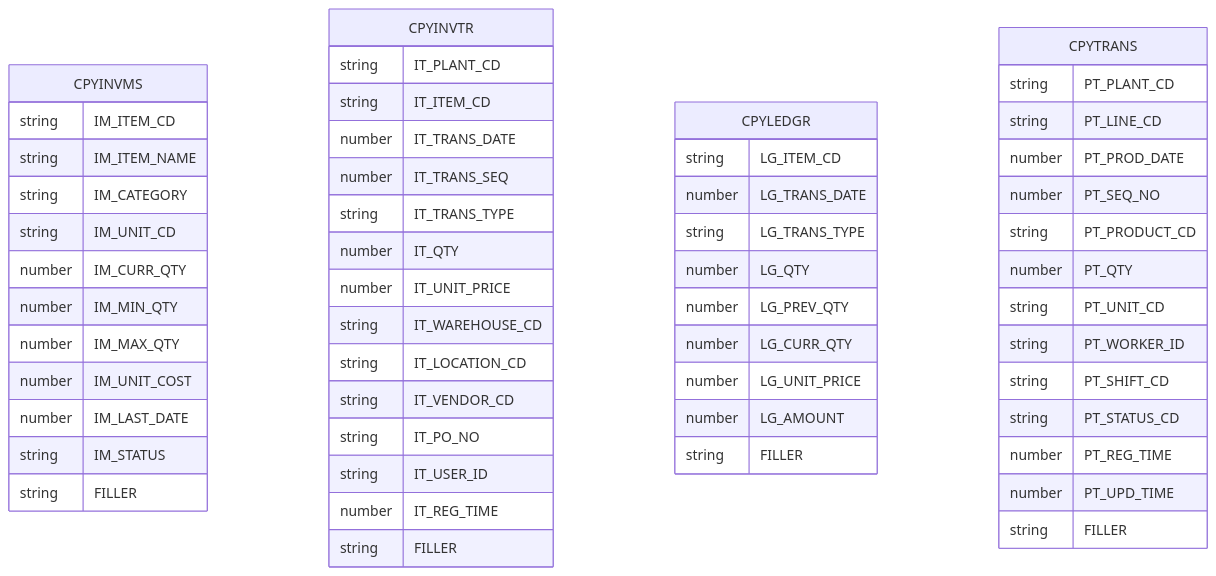
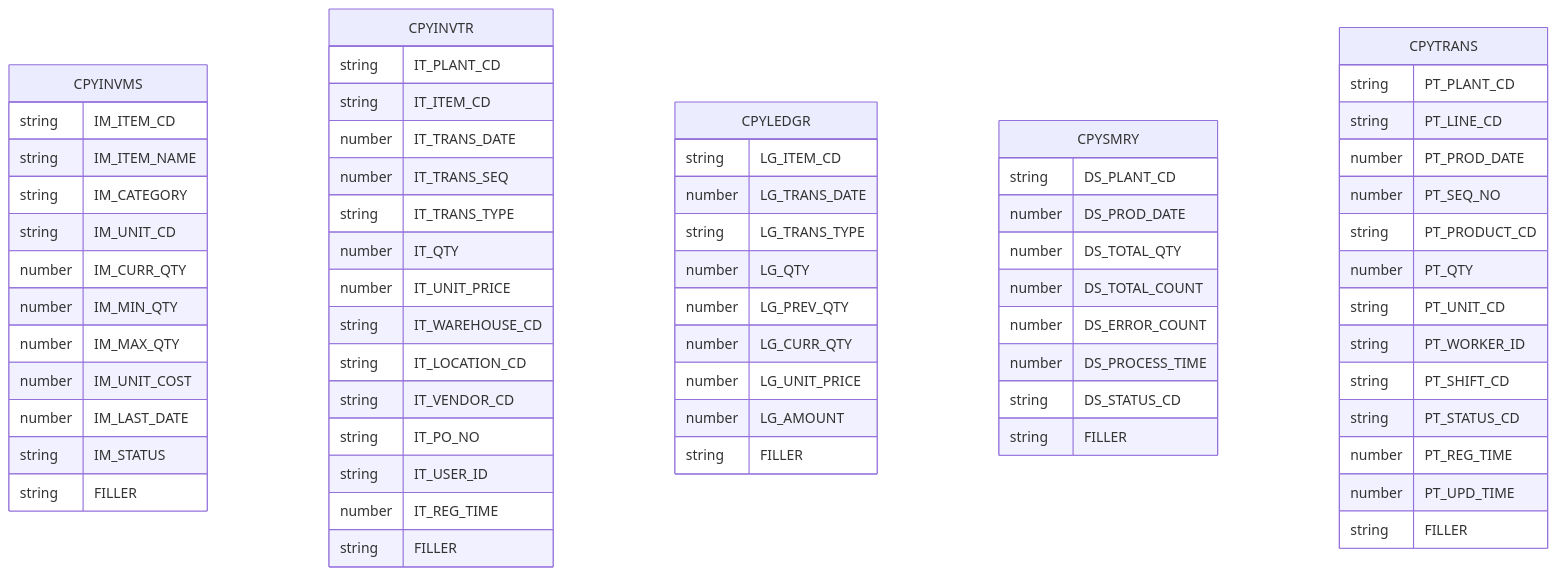
One commit to donseok/catm-project changed the diagram in output/diagrams/erd_copybooks.md. Above: the diagram before and after it, drawn with Mermaid. The commit also changed 16 other files, not shown here.

````diff
--- a/output/diagrams/erd_copybooks.md
+++ b/output/diagrams/erd_copybooks.md
@@ -3,63 +3,74 @@
 ```mermaid
 erDiagram
 
     CPYINVMS {
         string IM_ITEM_CD
         string IM_ITEM_NAME
         string IM_CATEGORY
         string IM_UNIT_CD
         number IM_CURR_QTY
         number IM_MIN_QTY
         number IM_MAX_QTY
         number IM_UNIT_COST
         number IM_LAST_DATE
         string IM_STATUS
         string FILLER
     }
 
     CPYINVTR {
         string IT_PLANT_CD
         string IT_ITEM_CD
         number IT_TRANS_DATE
         number IT_TRANS_SEQ
         string IT_TRANS_TYPE
         number IT_QTY
         number IT_UNIT_PRICE
         string IT_WAREHOUSE_CD
         string IT_LOCATION_CD
         string IT_VENDOR_CD
         string IT_PO_NO
         string IT_USER_ID
         number IT_REG_TIME
         string FILLER
     }
 
     CPYLEDGR {
         string LG_ITEM_CD
         number LG_TRANS_DATE
         string LG_TRANS_TYPE
         number LG_QTY
         number LG_PREV_QTY
         number LG_CURR_QTY
         number LG_UNIT_PRICE
         number LG_AMOUNT
         string FILLER
     }
 
+    CPYSMRY {
+        string DS_PLANT_CD
+        number DS_PROD_DATE
+        number DS_TOTAL_QTY
+        number DS_TOTAL_COUNT
+        number DS_ERROR_COUNT
+        number DS_PROCESS_TIME
+        string DS_STATUS_CD
+        string FILLER
+    }
+
     CPYTRANS {
         string PT_PLANT_CD
         string PT_LINE_CD
         number PT_PROD_DATE
         number PT_SEQ_NO
         string PT_PRODUCT_CD
         number PT_QTY
         string PT_UNIT_CD
         string PT_WORKER_ID
         string PT_SHIFT_CD
         string PT_STATUS_CD
         number PT_REG_TIME
         number PT_UPD_TIME
         string FILLER
     }
 
 ```
````
